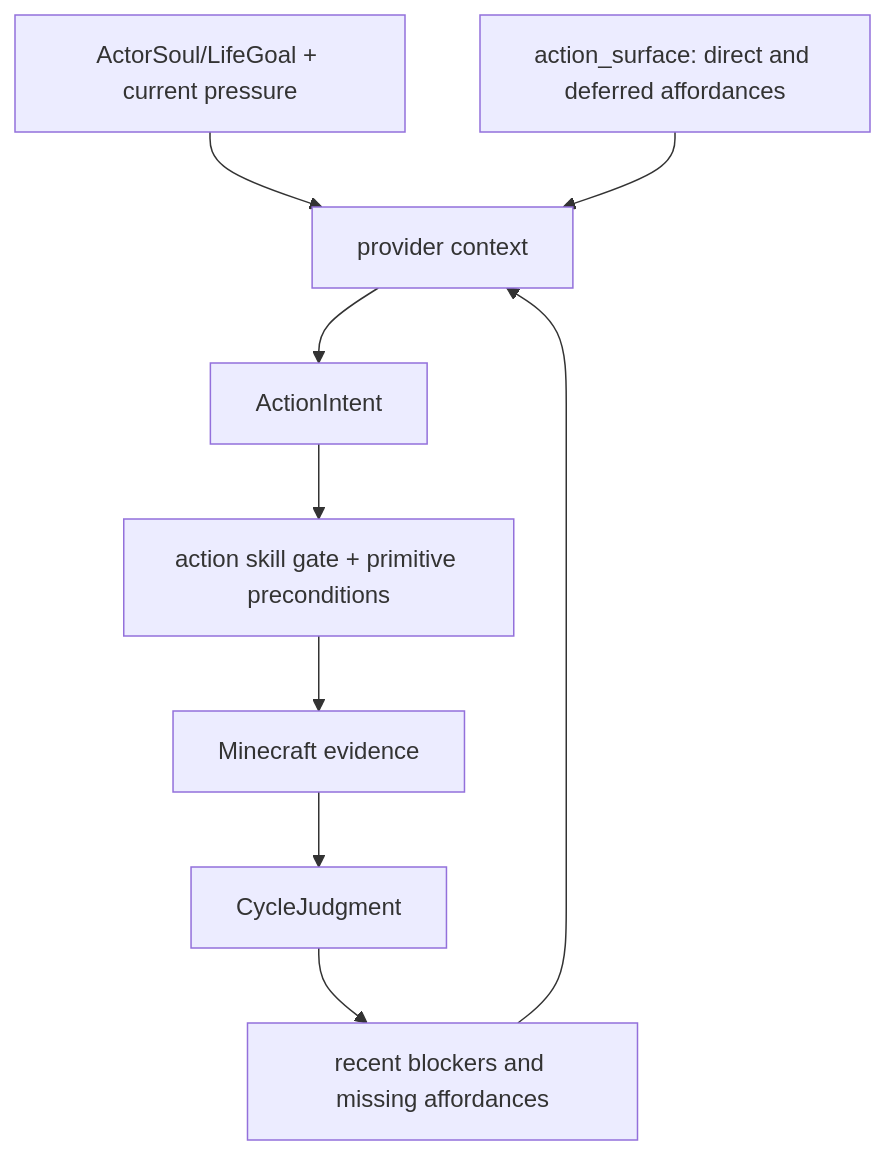
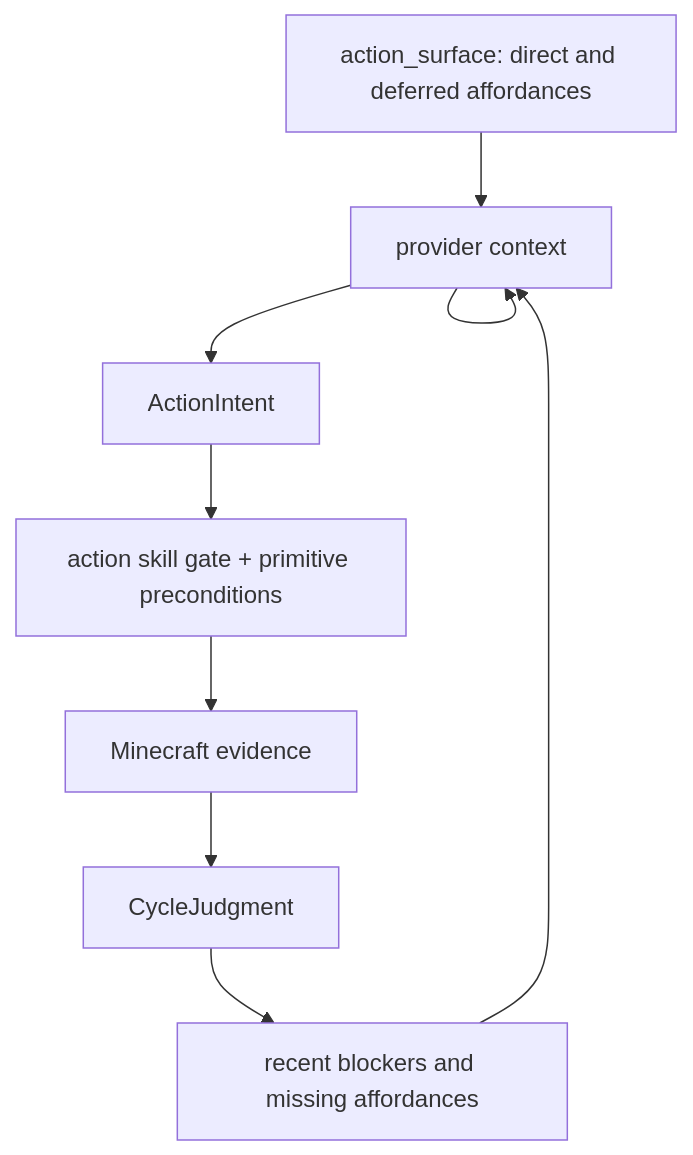
One commit to gigio1023/minecraft-llm-agent-community changed the first of 2 diagrams in docs/blog-doc/Architecture/Future-Works.md. Above: the diagram before and after it, drawn with Mermaid. The commit also changed other lines of this file and 83 other files, not shown here.

Commit message:
runtime: align observation context architecture

````diff
--- a/docs/blog-doc/Architecture/Future-Works.md
+++ b/docs/blog-doc/Architecture/Future-Works.md
@@ -166,20 +166,20 @@
 ```mermaid
 flowchart TD
-  Pressure["ActorSoul/LifeGoal + current pressure"]
+  Context["ActorSoul/LifeGoal + current context"]
   Surface["action_surface: direct and deferred affordances"]
   Blockers["recent blockers and missing affordances"]
   Context["provider context"]
   Intent["ActionIntent"]
   Gate["action skill gate + primitive preconditions"]
   Evidence["Minecraft evidence"]
   Judgment["CycleJudgment"]
 
-  Pressure --> Context
+  Context --> Context
   Surface --> Context
   Blockers --> Context
   Context --> Intent
   Intent --> Gate
   Gate --> Evidence
   Evidence --> Judgment
   Judgment --> Blockers
 ```
````
